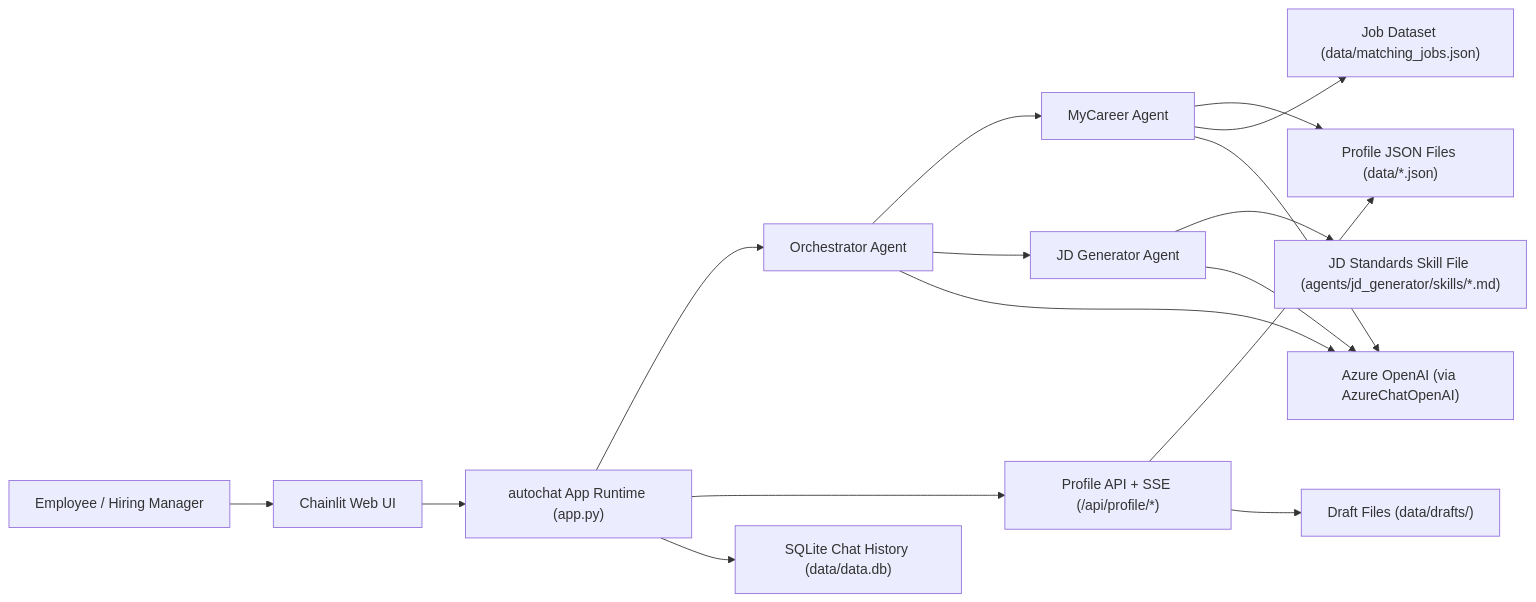
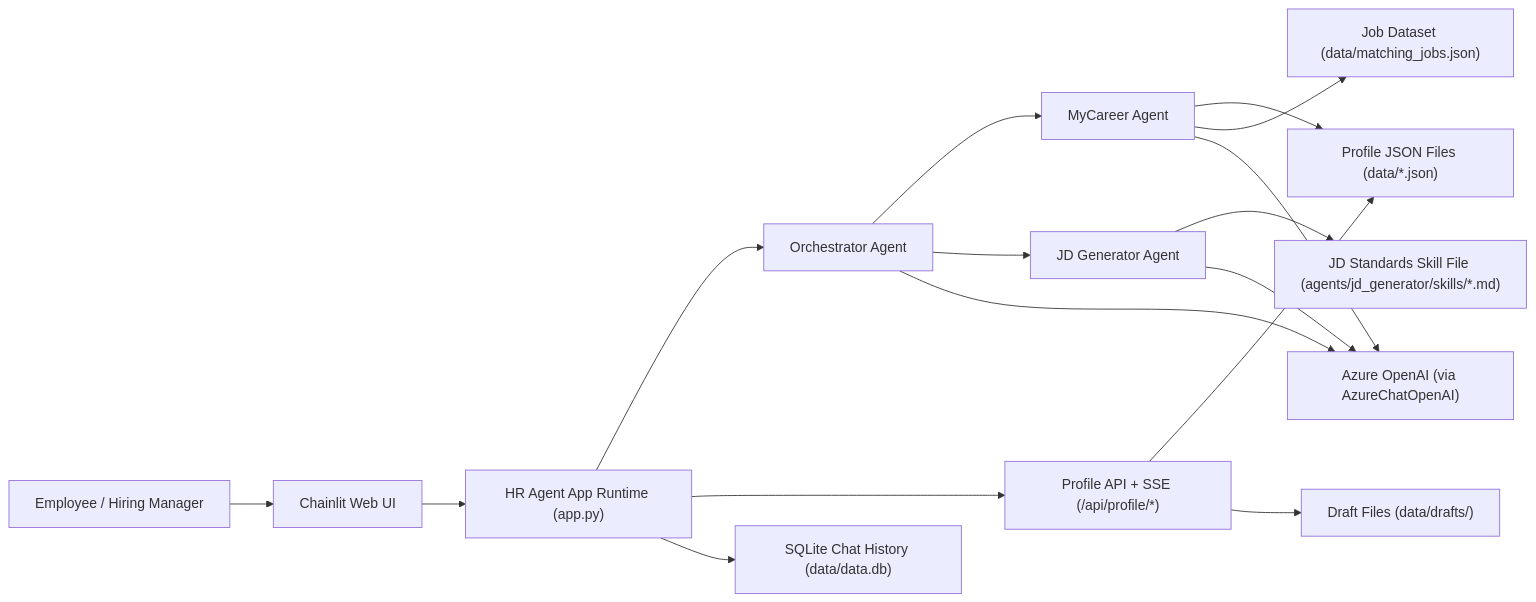
Before and after one commit to savipk/autochat: the first of 4 diagrams in docs/architecture-diagrams.md, drawn with Mermaid. The commit also changed other lines of this file, not shown here.

Commit message:
arch diagram

````diff
--- a/docs/architecture-diagrams.md
+++ b/docs/architecture-diagrams.md
@@ -7,22 +5,22 @@
 ```mermaid
 flowchart LR
   U["Employee / Hiring Manager"] --> UI["Chainlit Web UI"]
-  UI --> AC["autochat App Runtime (app.py)"]
+  UI --> AC["HR Agent App Runtime (app.py)"]
 
   AC --> ORCH["Orchestrator Agent"]
   ORCH --> MC["MyCareer Agent"]
   ORCH --> JD["JD Generator Agent"]
 
   MC --> PF["Profile JSON Files (data/*.json)"]
   MC --> JOBS["Job Dataset (data/matching_jobs.json)"]
   JD --> SK["JD Standards Skill File (agents/jd_generator/skills/*.md)"]
 
   AC --> API["Profile API + SSE (/api/profile/*)"]
   API --> PF
   API --> DRAFTS["Draft Files (data/drafts/<user>)"]
 
   AC --> DB["SQLite Chat History (data/data.db)"]
   ORCH --> LLM["Azure OpenAI (via AzureChatOpenAI)"]
   MC --> LLM
   JD --> LLM
 ```
````
